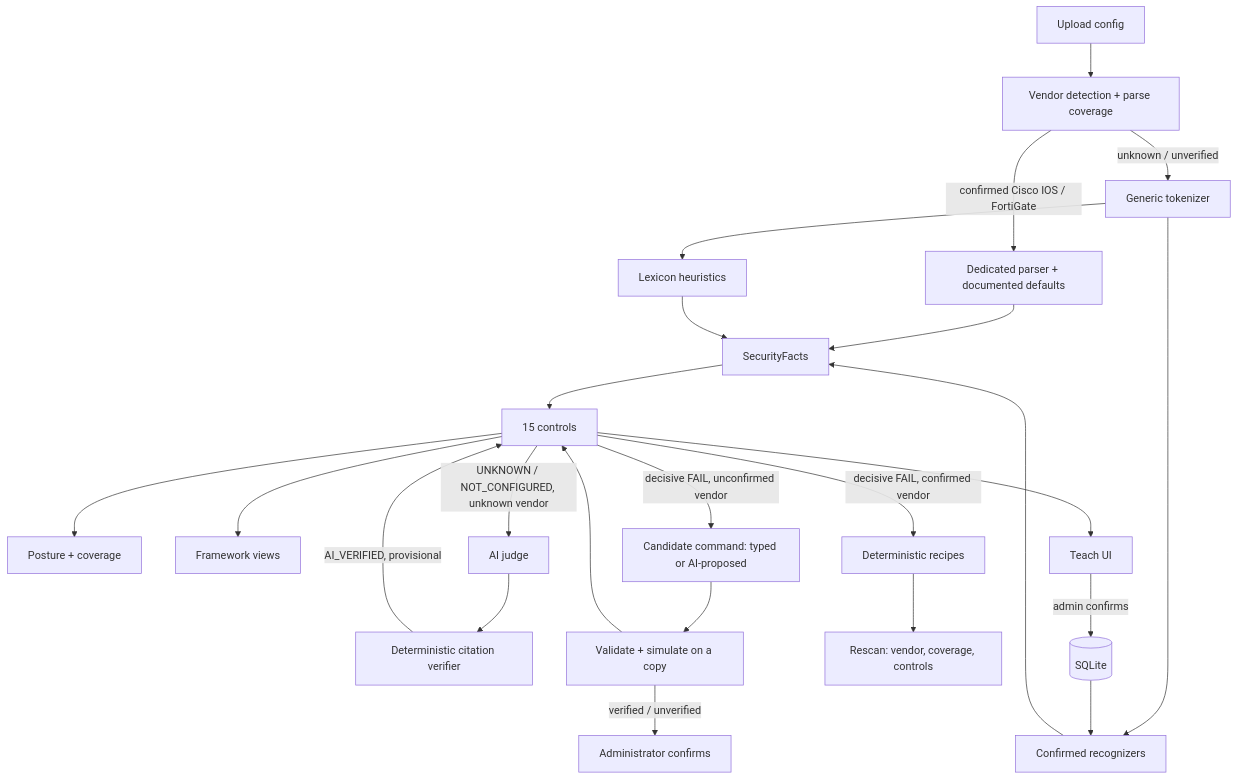
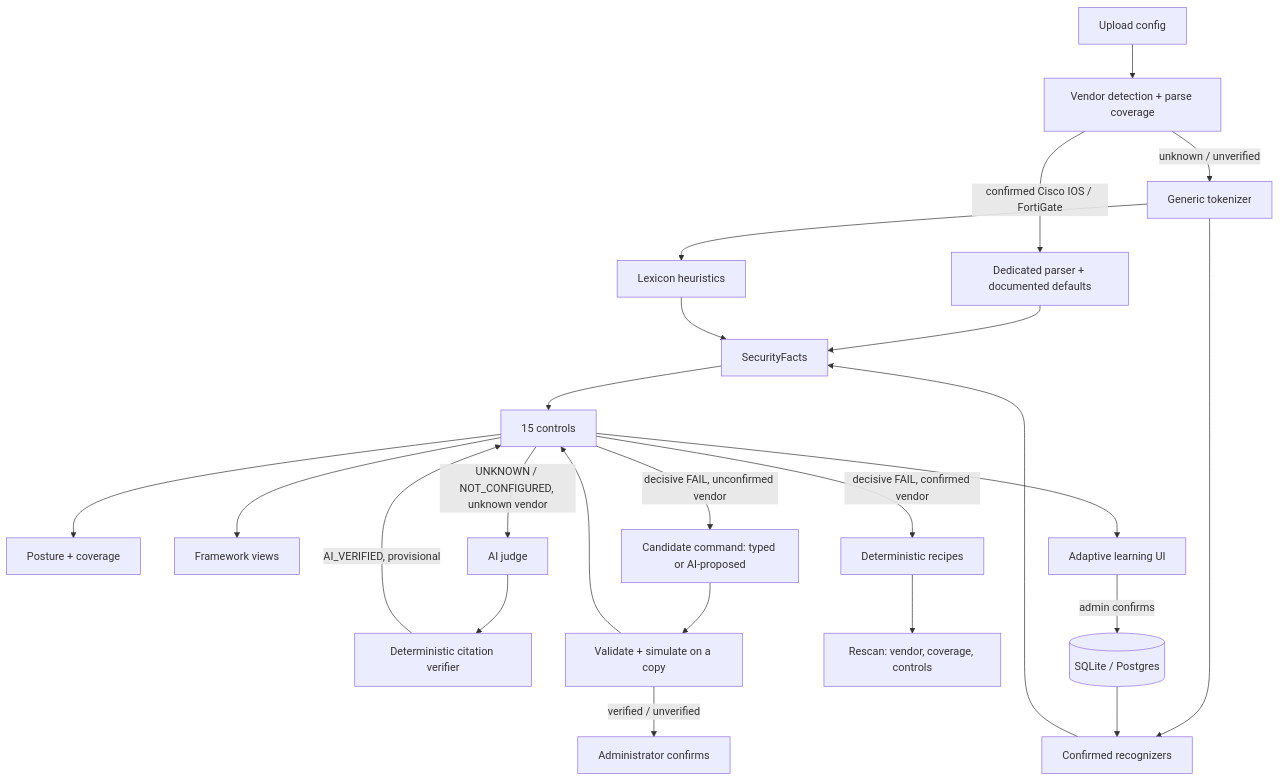
Before and after one commit to astrilo-monk/sih-26155: the diagram in docs/architecture.md, drawn with Mermaid. The commit also changed other lines of this file and 15 other files, not shown here.

````diff
--- a/docs/architecture.md
+++ b/docs/architecture.md
@@ -54,26 +54,26 @@
 ```mermaid
 flowchart TD
     Upload[Upload config] --> Detect[Vendor detection + parse coverage]
     Detect -->|confirmed Cisco IOS / FortiGate| Parser[Dedicated parser + documented defaults]
     Detect -->|unknown / unverified| Tokenizer[Generic tokenizer]
     Tokenizer --> Recognizers[Confirmed recognizers]
     Tokenizer --> Heuristics[Lexicon heuristics]
     Parser --> Facts[SecurityFacts]
     Recognizers --> Facts
     Heuristics --> Facts
     Facts --> Controls[15 controls]
     Controls --> Score[Posture + coverage]
     Controls --> Frameworks[Framework views]
     Controls -->|UNKNOWN / NOT_CONFIGURED, unknown vendor| Judge[AI judge]
     Judge --> Verify[Deterministic citation verifier]
     Verify -->|AI_VERIFIED, provisional| Controls
-    Controls --> Review[Teach UI]
-    Review -->|admin confirms| DB[(SQLite)]
+    Controls --> Review[Adaptive learning UI]
+    Review -->|admin confirms| DB[(SQLite / Postgres)]
     DB --> Recognizers
     Controls -->|decisive FAIL, confirmed vendor| Remediation[Deterministic recipes]
     Remediation --> Rescan[Rescan: vendor, coverage, controls]
     Controls -->|decisive FAIL, unconfirmed vendor| Candidate[Candidate command: typed or AI-proposed]
     Candidate --> Simulate[Validate + simulate on a copy]
     Simulate --> Controls
     Simulate -->|verified / unverified| Confirm[Administrator confirms]
 ```
````
